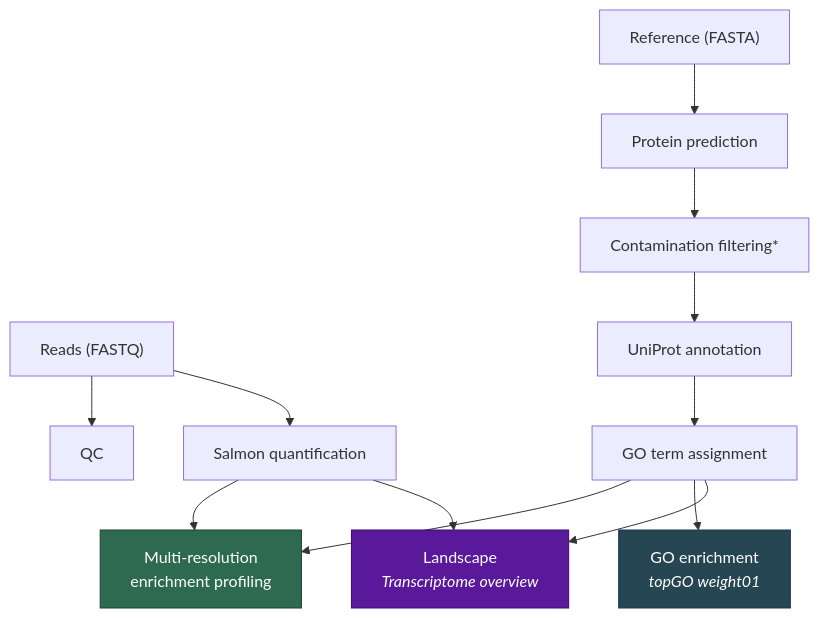
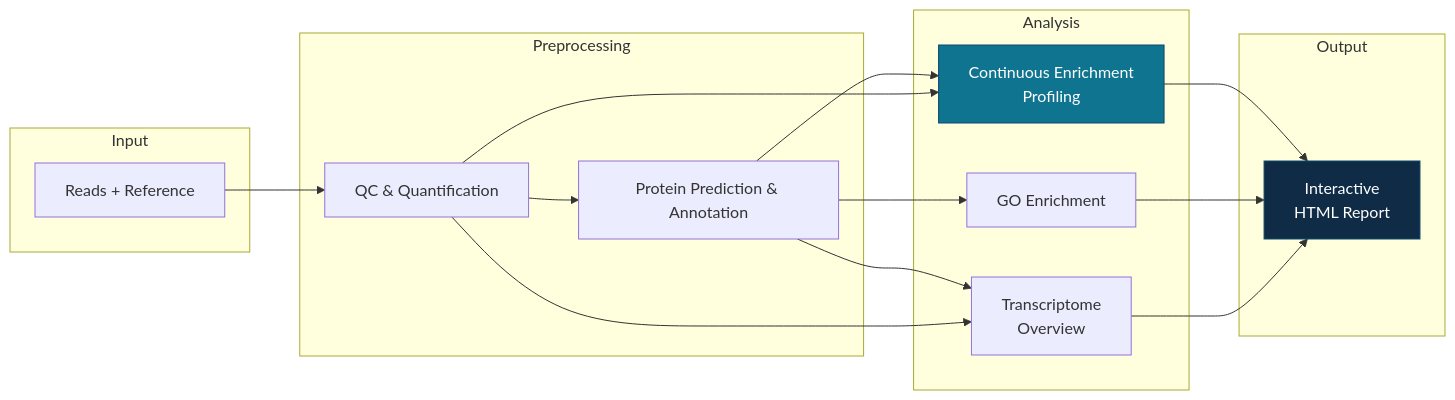
The diagram in README.md (jsmccabe1/SCEPTR), drawn with Mermaid before and after one commit. The commit also changed other lines of this file and 1 other file, not shown here.

Commit message:
Update README and GitHub Pages: remove validation section, reframe pipeline, update citations
Remove Validated Across Kingdoms section from README. Replace mermaid
pipeline diagram with framework-oriented flow diagram. Remove virus
references from organism-aware processing table. Reframe webpage pipeline
section as 'Automated End-to-End'. Update all citations and remaining
multi-resolution references to continuous enrichment.

````diff
--- a/README.md
+++ b/README.md
@@ -93,18 +93,27 @@
 ```mermaid
-graph TD
-    A["Reads (FASTQ)"] --> B["QC"]
-    A --> C["Salmon quantification"]
-    D["Reference (FASTA)"] --> E["Protein prediction"]
-    E --> F["Contamination filtering*"]
-    F --> G["UniProt annotation"]
-    G --> H["GO term assignment"]
-    C --> I
-    H --> I["Multi-resolution<br/>enrichment profiling"]
-    H --> J["GO enrichment<br/><em>topGO weight01</em>"]
-    H --> K["Landscape<br/><em>Transcriptome overview</em>"]
-    C --> K
+graph LR
+    subgraph Input
+        A["Reads + Reference"]
+    end
+    subgraph Preprocessing
+        B["QC & Quantification"]
+        C["Protein Prediction & Annotation"]
+    end
+    subgraph Analysis
+        D["Continuous Enrichment<br/>Profiling"]
+        E["GO Enrichment"]
+        F["Transcriptome<br/>Overview"]
+    end
+    subgraph Output
+        G["Interactive<br/>HTML Report"]
+    end
 
-    style I fill:#2d6a4f,stroke:#1b4332,color:#fff
-    style J fill:#264653,stroke:#1d3557,color:#fff
-    style K fill:#5a189a,stroke:#3c096c,color:#fff
+    A --> B --> C --> D --> G
+    C --> E --> G
+    C --> F --> G
+    B --> D
+    B --> F
+
+    style D fill:#0e7490,stroke:#0c4a6e,color:#fff
+    style G fill:#0f2b46,stroke:#0c4a6e,color:#fff
 ```
````
